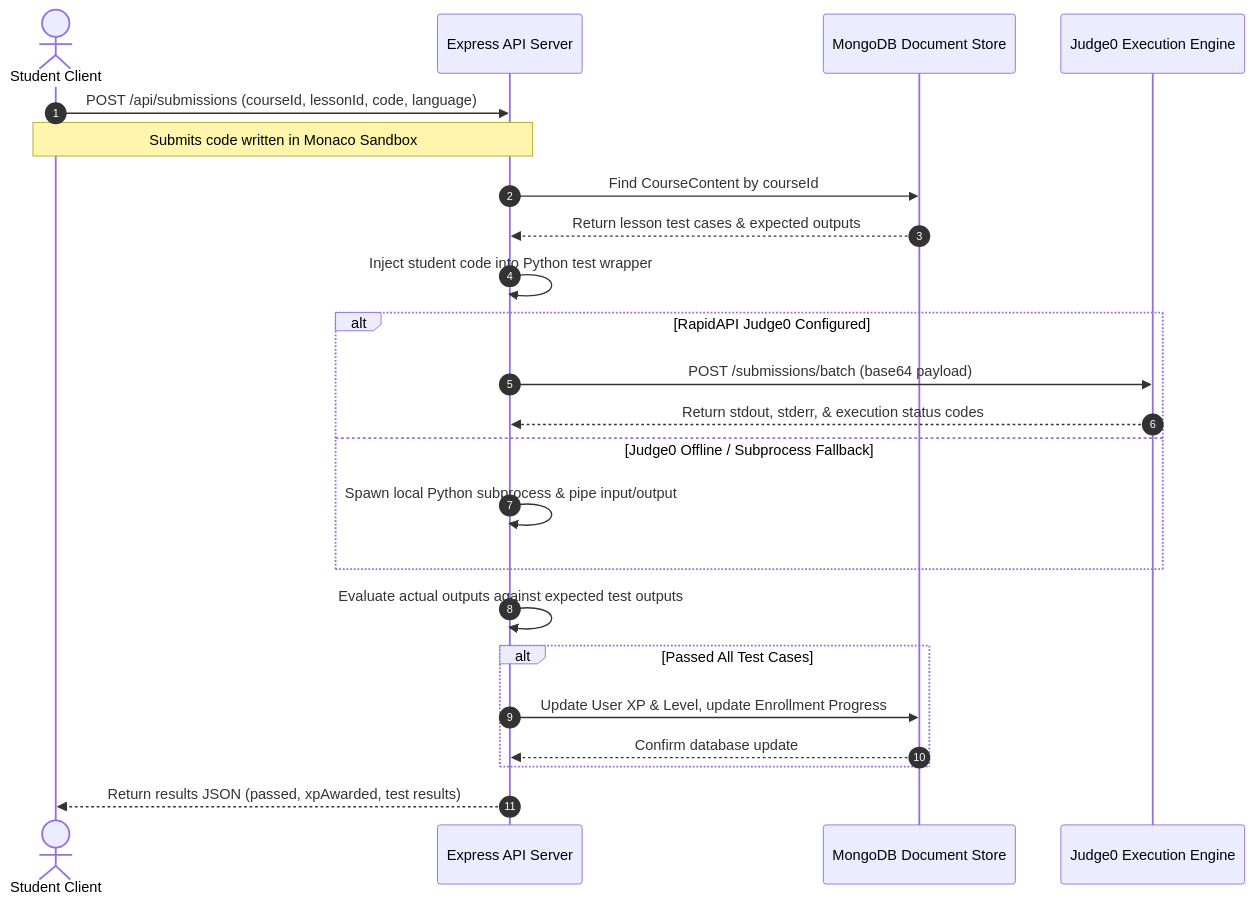
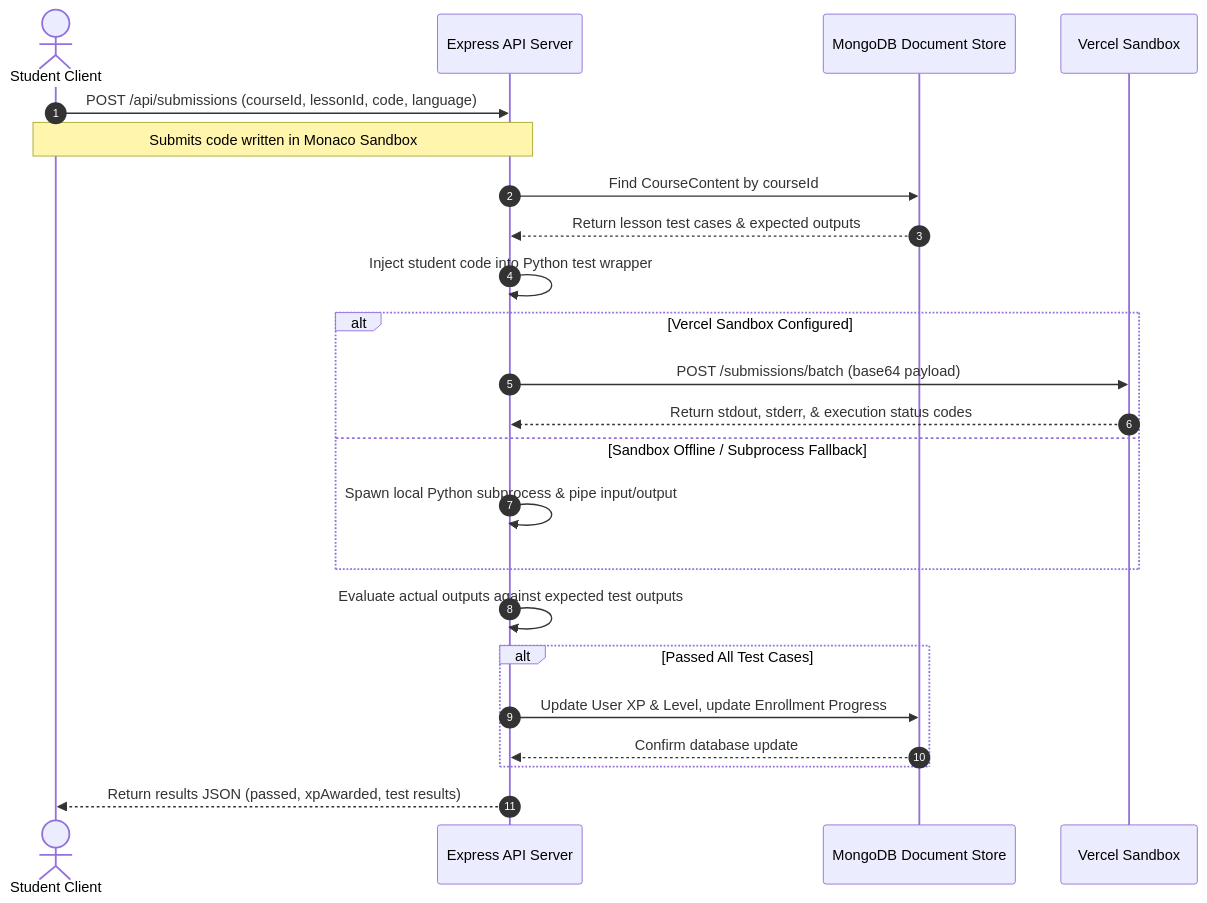
One commit to kenzo4k/stride changed the third of 3 diagrams in final_project_report.md. Above: the diagram before and after it, drawn with Mermaid. The commit also changed other lines of this file and 2 other files, not shown here.

Commit message:
Remove Judge0 instances and update references to Vercel Sandbox

````diff
--- a/final_project_report.md
+++ b/final_project_report.md
@@ -152,30 +152,30 @@
 ```mermaid
 sequenceDiagram
     autonumber
     actor Student as Student Client
     participant API as Express API Server
     participant DB as MongoDB Document Store
-    participant Sandbox as Judge0 Execution Engine
+    participant Sandbox as Vercel Sandbox
 
     Student->>API: POST /api/submissions (courseId, lessonId, code, language)
     Note over Student, API: Submits code written in Monaco Sandbox
     API->>DB: Find CourseContent by courseId
     DB-->>API: Return lesson test cases & expected outputs
     API->>API: Inject student code into Python test wrapper
     
-    alt RapidAPI Judge0 Configured
+    alt Vercel Sandbox Configured
         API->>Sandbox: POST /submissions/batch (base64 payload)
         Sandbox-->>API: Return stdout, stderr, & execution status codes
-    else Judge0 Offline / Subprocess Fallback
+    else Sandbox Offline / Subprocess Fallback
         API->>API: Spawn local Python subprocess & pipe input/output
     end
 
     API->>API: Evaluate actual outputs against expected test outputs
     
     alt Passed All Test Cases
         API->>DB: Update User XP & Level, update Enrollment Progress
         DB-->>API: Confirm database update
     end
 
     API-->>Student: Return results JSON (passed, xpAwarded, test results)
 ```
````
